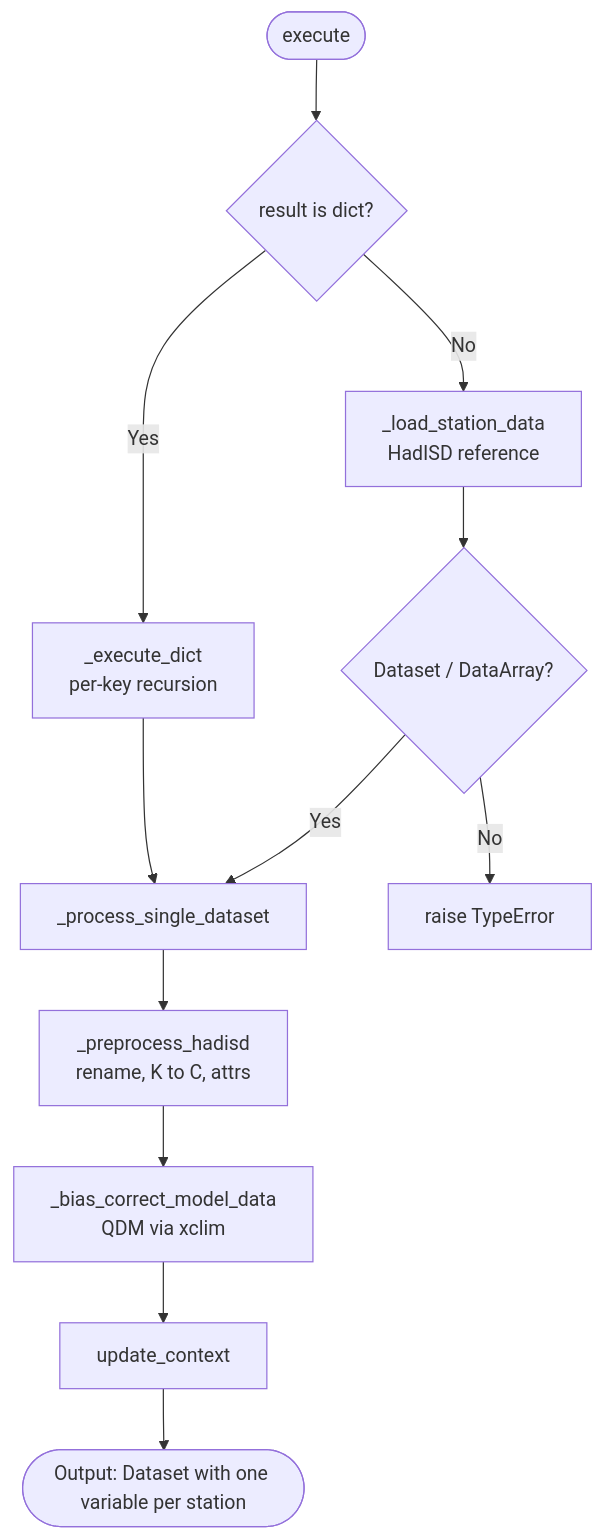
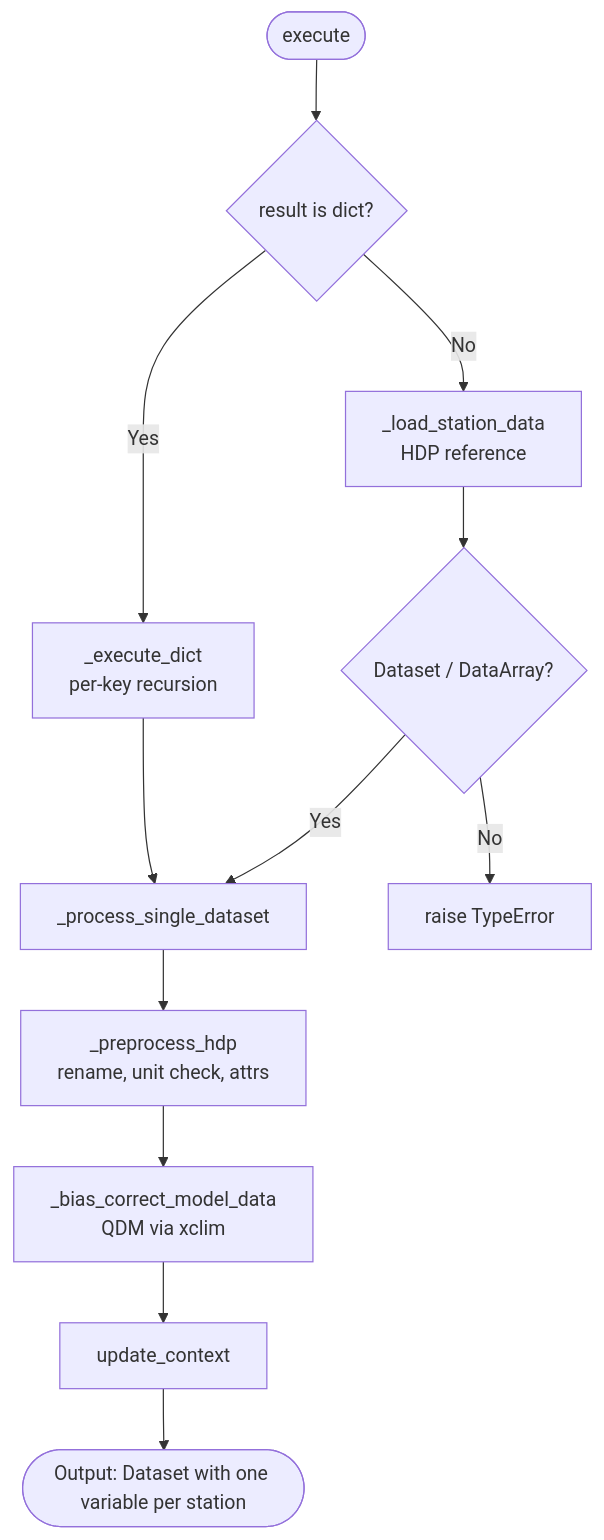
One commit to cal-adapt/climakitae changed the diagram in docs-mkdocs/climate-data-interface/processors/bias_adjust_model_to_station.md. Above: the diagram before and after it, drawn with Mermaid. The commit also changed other lines of this file and 7 other files, not shown here.

Commit message:
Adding initial changes of HadISD -> HDP

````diff
--- a/docs-mkdocs/climate-data-interface/processors/bias_adjust_model_to_station.md
+++ b/docs-mkdocs/climate-data-interface/processors/bias_adjust_model_to_station.md
@@ -9,23 +9,23 @@
 ```mermaid
 flowchart TD
     Start([execute]) --> DictCheck{result is dict?}
     DictCheck -->|Yes| ExecDict[_execute_dict<br/>per-key recursion]
-    DictCheck -->|No| LoadObs[_load_station_data<br/>HadISD reference]
+    DictCheck -->|No| LoadObs[_load_station_data<br/>HDP reference]
     LoadObs --> TypeCheck{Dataset / DataArray?}
     TypeCheck -->|Yes| ProcSingle[_process_single_dataset]
     TypeCheck -->|No| TypeErr[raise TypeError]
 
     ExecDict --> ProcSingle
-    ProcSingle --> Preproc[_preprocess_hadisd<br/>rename, K to C, attrs]
+    ProcSingle --> Preproc[_preprocess_hdp<br/>rename, unit check, attrs]
     Preproc --> BiasCorrect[_bias_correct_model_data<br/>QDM via xclim]
     BiasCorrect --> UpdateCtx[update_context]
     UpdateCtx --> End([Output: Dataset with one variable per station])
 
-    click Start "https://github.com/cal-adapt/climakitae/blob/main/climakitae/new_core/processors/bias_adjust_model_to_station.py#L790" "execute"
-    click ExecDict "https://github.com/cal-adapt/climakitae/blob/main/climakitae/new_core/processors/bias_adjust_model_to_station.py#L723" "_execute_dict"
-    click LoadObs "https://github.com/cal-adapt/climakitae/blob/main/climakitae/new_core/processors/bias_adjust_model_to_station.py#L243" "_load_station_data"
-    click ProcSingle "https://github.com/cal-adapt/climakitae/blob/main/climakitae/new_core/processors/bias_adjust_model_to_station.py#L510" "_process_single_dataset"
-    click Preproc "https://github.com/cal-adapt/climakitae/blob/main/climakitae/new_core/processors/bias_adjust_model_to_station.py#L185" "_preprocess_hadisd"
-    click BiasCorrect "https://github.com/cal-adapt/climakitae/blob/main/climakitae/new_core/processors/bias_adjust_model_to_station.py#L309" "_bias_correct_model_data"
-    click UpdateCtx "https://github.com/cal-adapt/climakitae/blob/main/climakitae/new_core/processors/bias_adjust_model_to_station.py#L864" "update_context"
+    click Start "https://github.com/cal-adapt/climakitae/blob/main/climakitae/new_core/processors/bias_adjust_model_to_station.py" "execute"
+    click ExecDict "https://github.com/cal-adapt/climakitae/blob/main/climakitae/new_core/processors/bias_adjust_model_to_station.py" "_execute_dict"
+    click LoadObs "https://github.com/cal-adapt/climakitae/blob/main/climakitae/new_core/processors/bias_adjust_model_to_station.py" "_load_station_data"
+    click ProcSingle "https://github.com/cal-adapt/climakitae/blob/main/climakitae/new_core/processors/bias_adjust_model_to_station.py" "_process_single_dataset"
+    click Preproc "https://github.com/cal-adapt/climakitae/blob/main/climakitae/new_core/processors/bias_adjust_model_to_station.py" "_preprocess_hdp"
+    click BiasCorrect "https://github.com/cal-adapt/climakitae/blob/main/climakitae/new_core/processors/bias_adjust_model_to_station.py" "_bias_correct_model_data"
+    click UpdateCtx "https://github.com/cal-adapt/climakitae/blob/main/climakitae/new_core/processors/bias_adjust_model_to_station.py" "update_context"
 ```
````
